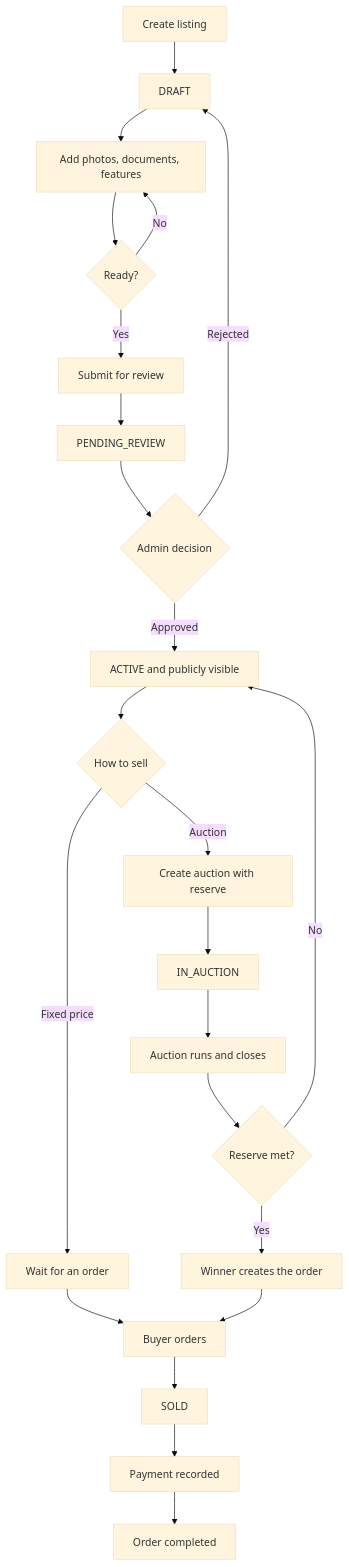
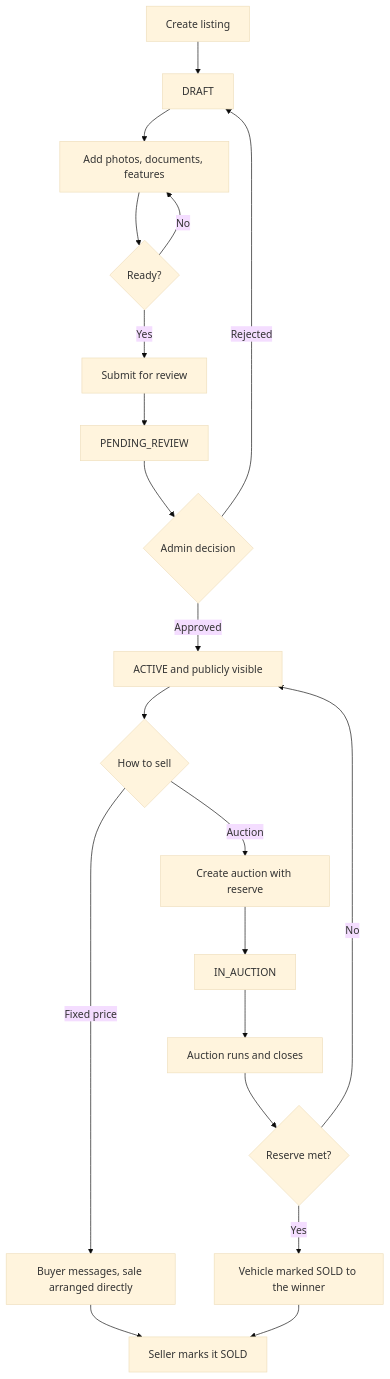
Before and after one commit to MohammadZakariaDehghani/Vintrax: the third of 19 diagrams in documentation/transaction-flow.md, drawn with Mermaid (base theme). The commit also changed other lines of this file and 39 other files, not shown here.

````diff
--- a/documentation/transaction-flow.md
+++ b/documentation/transaction-flow.md
@@ -146,28 +138,25 @@
 ```mermaid
 flowchart TD
     A["Create listing"] --> B["DRAFT"]
     B --> C["Add photos, documents, features"]
     C --> D{"Ready?"}
     D -- "No" --> C
     D -- "Yes" --> E["Submit for review"]
     E --> F["PENDING_REVIEW"]
     F --> G{"Admin decision"}
     G -- "Approved" --> H["ACTIVE and publicly visible"]
     G -- "Rejected" --> B
 
     H --> I{"How to sell"}
-    I -- "Fixed price" --> J["Wait for an order"]
+    I -- "Fixed price" --> J["Buyer messages, sale arranged directly"]
     I -- "Auction" --> K["Create auction with reserve"]
 
     K --> L["IN_AUCTION"]
     L --> M["Auction runs and closes"]
     M --> N{"Reserve met?"}
-    N -- "Yes" --> O["Winner creates the order"]
+    N -- "Yes" --> O["Vehicle marked SOLD to the winner"]
     N -- "No" --> H
 
-    J --> P["Buyer orders"]
-    O --> P
-    P --> Q["SOLD"]
-    Q --> R["Payment recorded"]
-    R --> S["Order completed"]
+    J --> Q["Seller marks it SOLD"]
+    O --> Q
 ```
````
